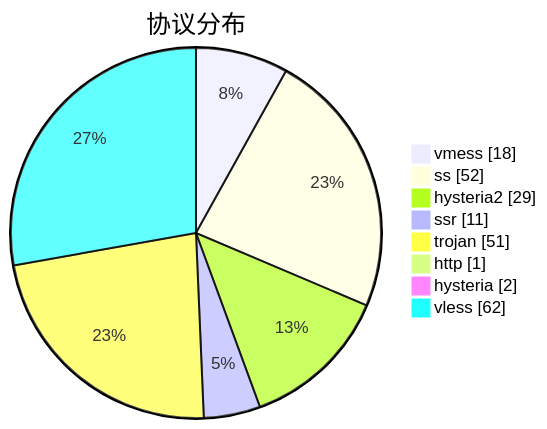
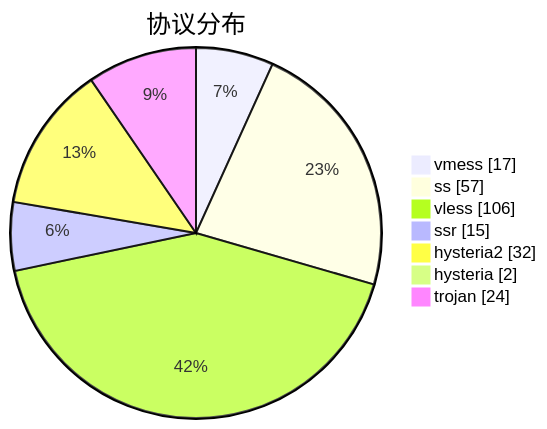
One commit to sinspired/airport changed the third of 3 diagrams in subs/statistics/tested_within.md. Above: the diagram before and after it, drawn with Mermaid. The commit also changed other lines of this file and 2 other files, not shown here.

````diff
--- a/subs/statistics/tested_within.md
+++ b/subs/statistics/tested_within.md
@@ -47,12 +42,11 @@
 ```mermaid
 pie showData
 title 协议分布
-"vmess" : 18
-"ss" : 52
-"hysteria2" : 29
-"ssr" : 11
-"trojan" : 51
-"http" : 1
+"vmess" : 17
+"ss" : 57
+"vless" : 106
+"ssr" : 15
+"hysteria2" : 32
 "hysteria" : 2
-"vless" : 62
+"trojan" : 24
 ```
````
